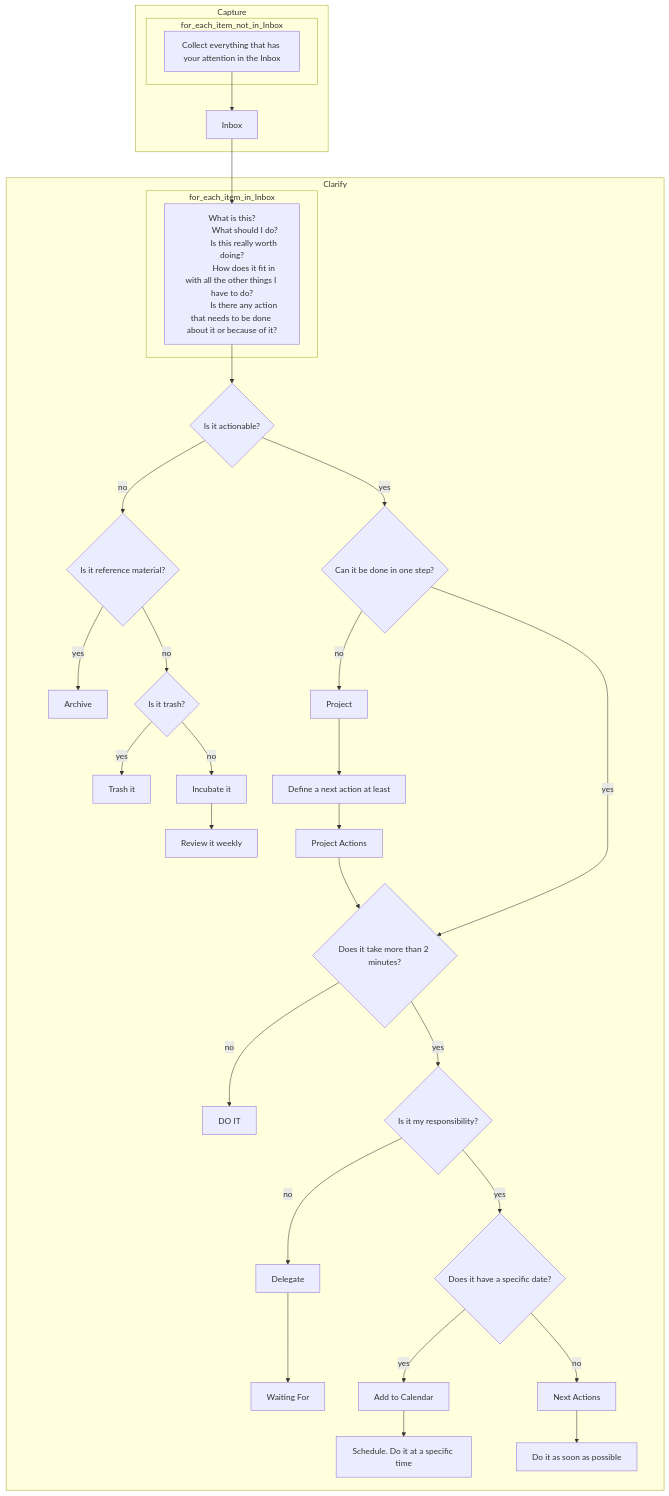
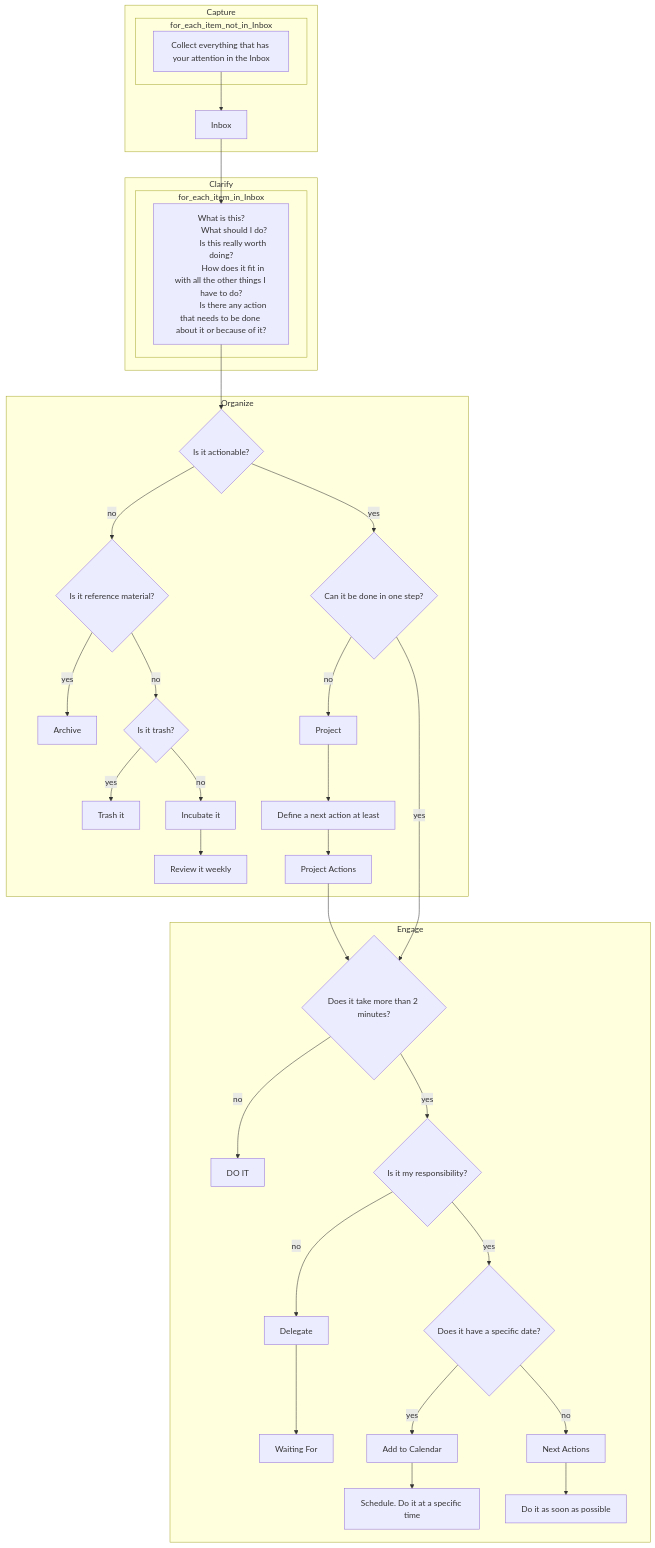
One commit to rfernandezdo/rfernandezdo.github.io changed the first of 2 diagrams in docs/blog/posts/2024/12/20241222_Outlook_GTD.md. Above: the diagram before and after it, drawn with Mermaid. The commit also changed other lines of this file and 2 other files, not shown here.

````diff
--- a/docs/blog/posts/2024/12/20241222_Outlook_GTD.md
+++ b/docs/blog/posts/2024/12/20241222_Outlook_GTD.md
@@ -30,42 +34,46 @@
 ```mermaid
 graph TD;
     subgraph Capture    
     subgraph for_each_item_not_in_Inbox
     AA[Collect everything that has your attention in the Inbox];
     end    
     A[Inbox]
     AA-->A
     end
     subgraph Clarify        
     subgraph for_each_item_in_Inbox
     BB[  What is this?
             What should I do?
             Is this really worth doing?
             How does it fit in with all the other things I have to do?
-            Is there any action that needs to be done about it or because of it?]        
+            Is there any action that needs to be done about it or because of it?]
+    end
     end
     A --> BB
+    subgraph Organize
     BB --> B{Is it actionable?}
     B -- no --> C{Is it reference material?}
     C -- yes --> D[Archive]
     C -- no --> E{Is it trash?}
     E -- yes --> FF[Trash it]
     E -- no --> GG[Incubate it]
     GG --> HH[Review it weekly]
     B -- yes --> F{Can it be done in one step?}
     F -- no --> G[Project]
     G --> HHH[Define a next action at least]
     HHH --> H[Project Actions]    
+    end
+    subgraph Engage
     H --> I
     F -- yes --> I{Does it take more than 2 minutes?}
     I -- no --> J[DO IT]
     I -- yes --> K{Is it my responsibility?}
     K -- no --> L[Delegate]
     L --> M[Waiting For]    
     K -- yes --> N{Does it have a specific date?}
     N -- yes --> O[Add to Calendar]
     N -- no --> P[Next Actions]
     O --> Q[Schedule. Do it at a specific time]
-    P --> R[Do it as soon as possible]  
+    P --> R[Do it as soon as possible]
     end
 ```
````
